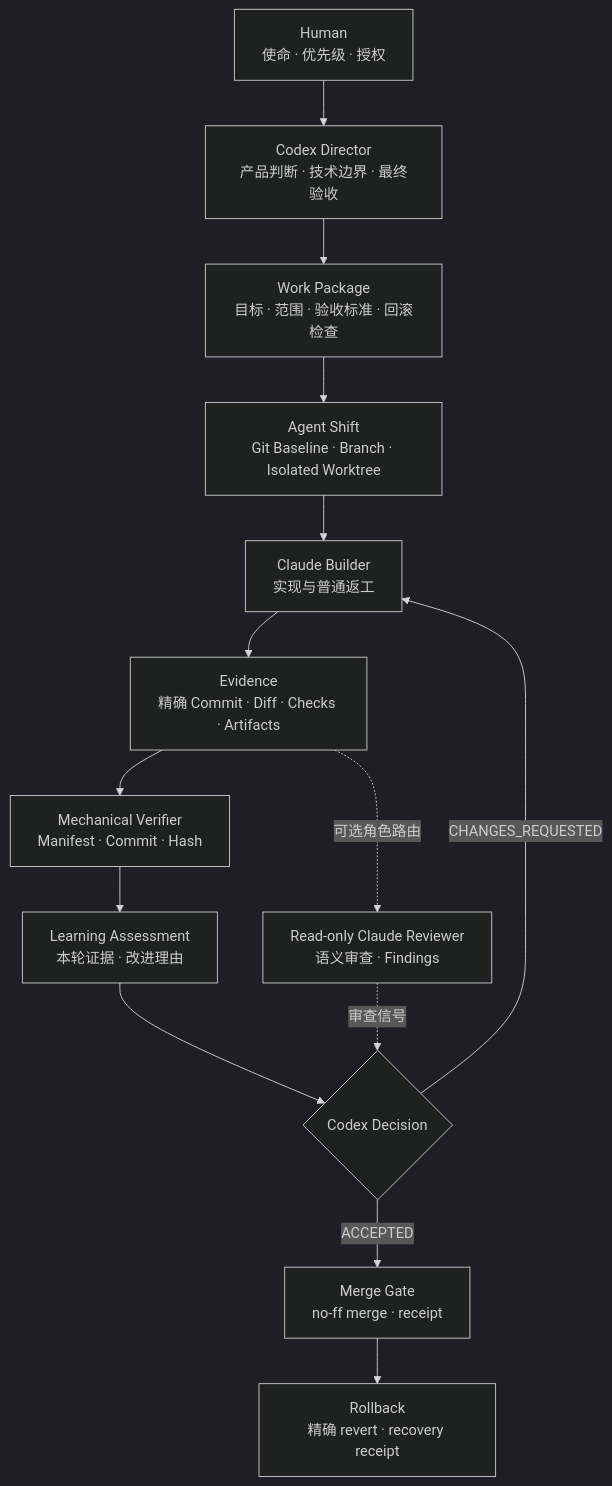
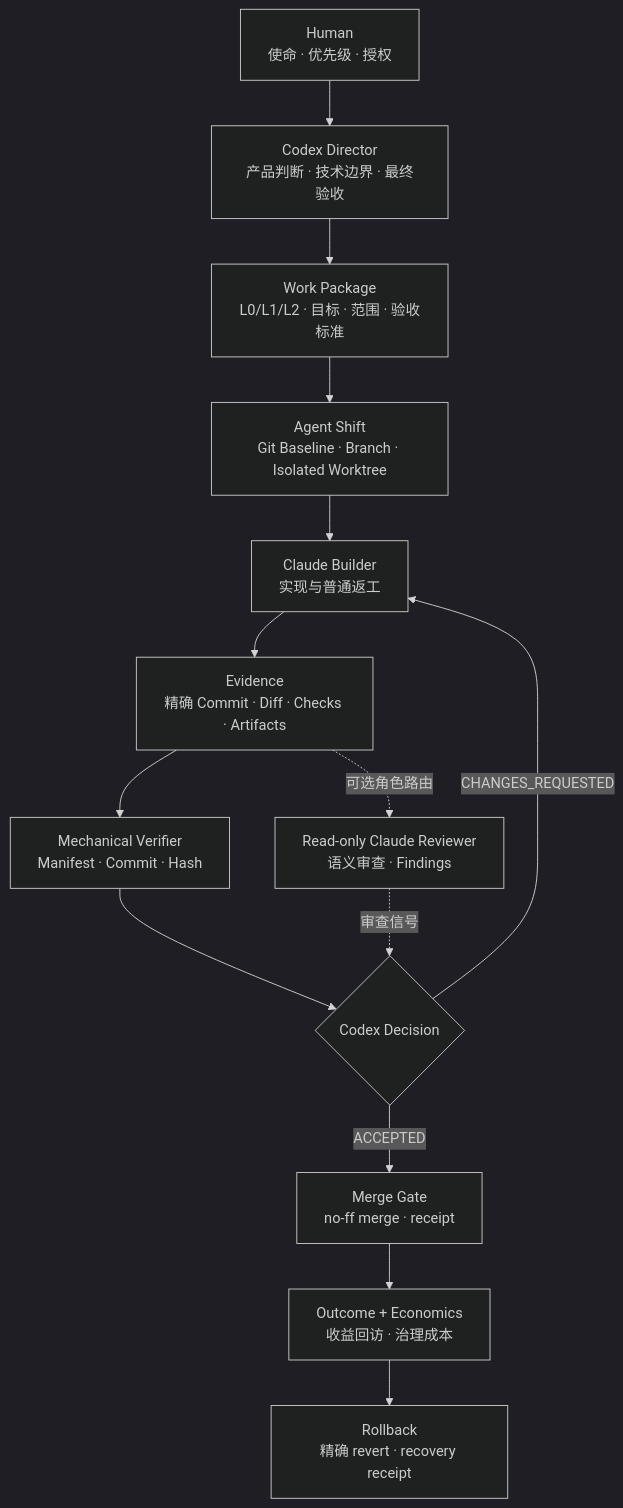
The first of 4 diagrams in README.md (chukong-creator/agent-os-skill), drawn with Mermaid (dark theme) before and after one commit. The commit also changed other lines of this file and 20 other files, not shown here.

````diff
--- a/README.md
+++ b/README.md
@@ -37,16 +37,16 @@
 ```mermaid
 flowchart TD
     H["Human<br/>使命 · 优先级 · 授权"] --> C["Codex Director<br/>产品判断 · 技术边界 · 最终验收"]
-    C --> WP["Work Package<br/>目标 · 范围 · 验收标准 · 回滚检查"]
+    C --> WP["Work Package<br/>L0/L1/L2 · 目标 · 范围 · 验收标准"]
     WP --> S["Agent Shift<br/>Git Baseline · Branch · Isolated Worktree"]
     S --> B["Claude Builder<br/>实现与普通返工"]
     B --> E["Evidence<br/>精确 Commit · Diff · Checks · Artifacts"]
     E --> MV["Mechanical Verifier<br/>Manifest · Commit · Hash"]
     E -. "可选角色路由" .-> RV["Read-only Claude Reviewer<br/>语义审查 · Findings"]
-    MV --> L["Learning Assessment<br/>本轮证据 · 改进理由"]
-    L --> D{"Codex Decision"}
+    MV --> D{"Codex Decision"}
     RV -. "审查信号" .-> D
     D -->|"CHANGES_REQUESTED"| B
     D -->|"ACCEPTED"| M["Merge Gate<br/>no-ff merge · receipt"]
-    M --> RB["Rollback<br/>精确 revert · recovery receipt"]
+    M --> O["Outcome + Economics<br/>收益回访 · 治理成本"]
+    O --> RB["Rollback<br/>精确 revert · recovery receipt"]
 ```
````
